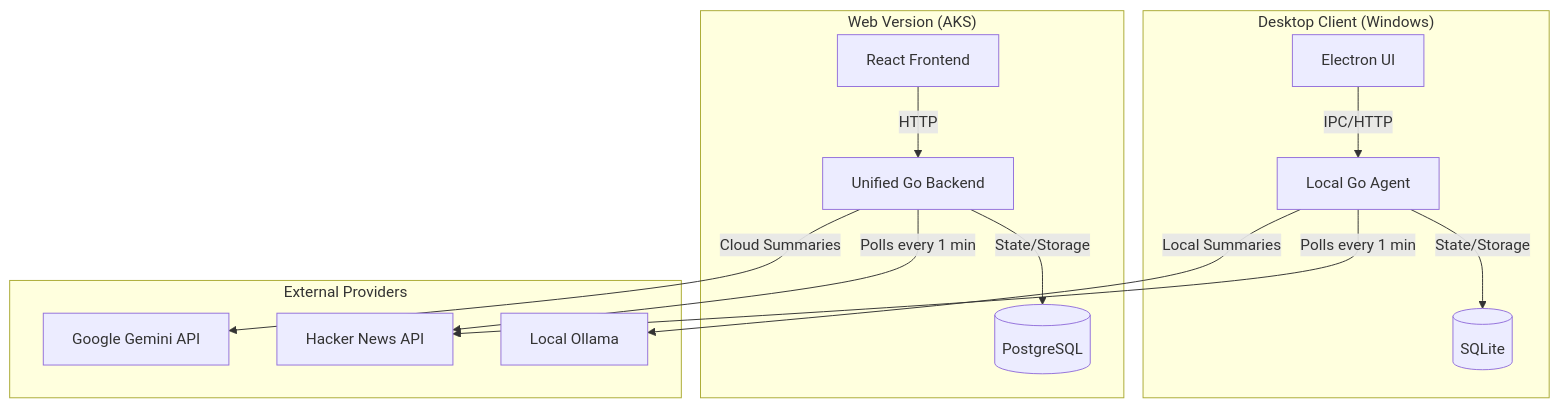
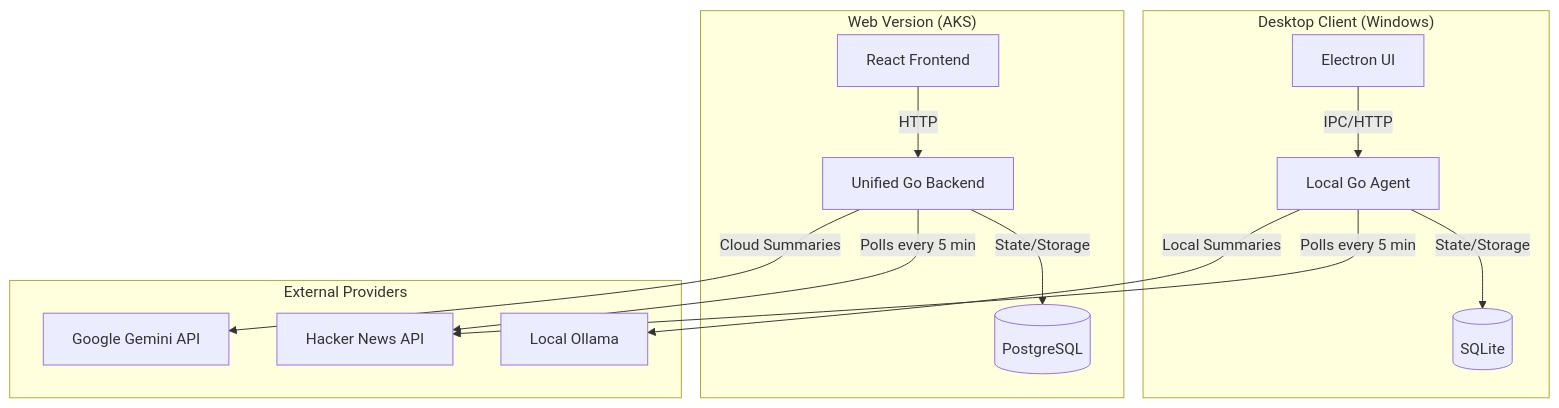
One commit to rajeshkumarblr/hn_station changed the diagram in architecture.md. Above: the diagram before and after it, drawn with Mermaid. The commit also changed other lines of this file and 2 other files, not shown here.

Commit message:
docs: finalize v1.0.0-rc37 documentation and keyboard shortcut manifest

````diff
--- a/architecture.md
+++ b/architecture.md
@@ -30,32 +30,32 @@
 ```mermaid
 graph TD
     subgraph "Desktop Client (Windows)"
         Electron["Electron UI"]
         Agent["Local Go Agent"]
         DB_SQLITE[("SQLite")]
         
         Electron -->|IPC/HTTP| Agent
         Agent -->|State/Storage| DB_SQLITE
     end
 
     subgraph "Web Version (AKS)"
         UI["React Frontend"]
         API["Unified Go Backend"]
         DB_PG[("PostgreSQL")]
         
         UI -->|HTTP| API
         API -->|State/Storage| DB_PG
     end
 
     subgraph "External Providers"
         HN["Hacker News API"]
         Ollama["Local Ollama"]
         Gemini["Google Gemini API"]
     end
 
-    Agent -->|Polls every 1 min| HN
-    API -->|Polls every 1 min| HN
+    Agent -->|Polls every 5 min| HN
+    API -->|Polls every 5 min| HN
     
     Agent -->|Local Summaries| Ollama
     API -->|Cloud Summaries| Gemini
 ```
````
